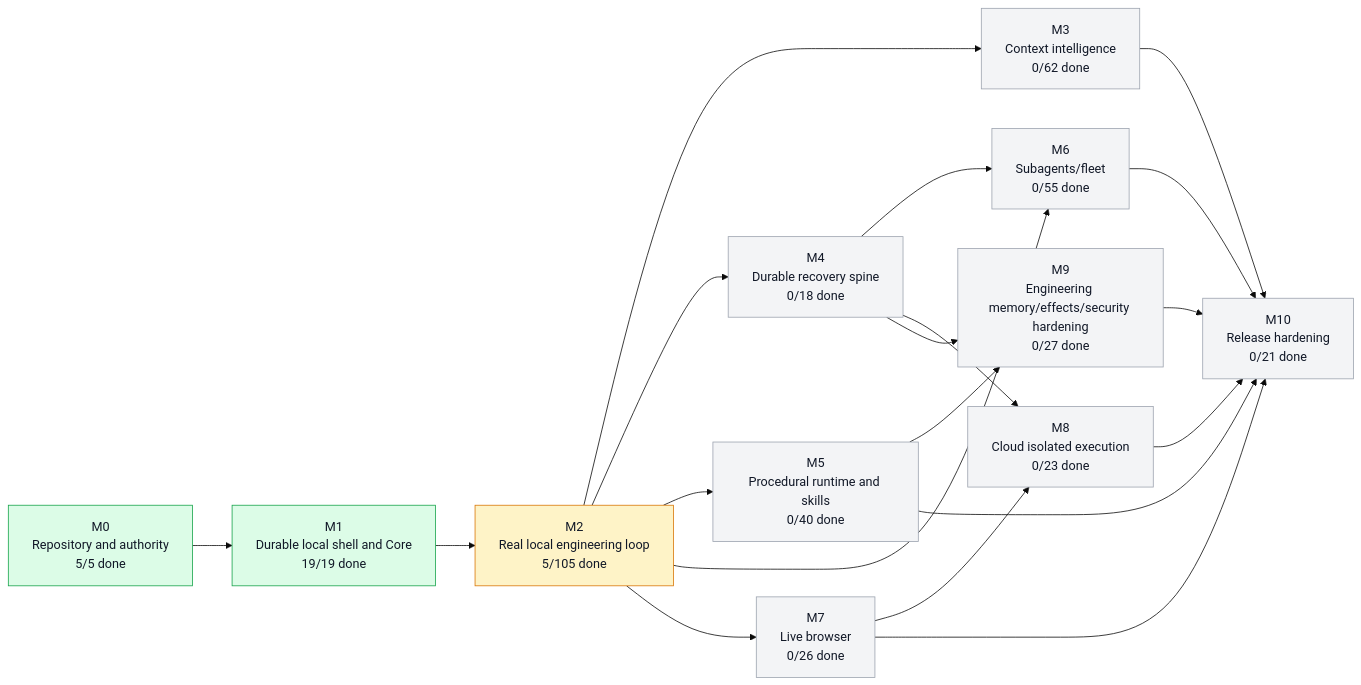
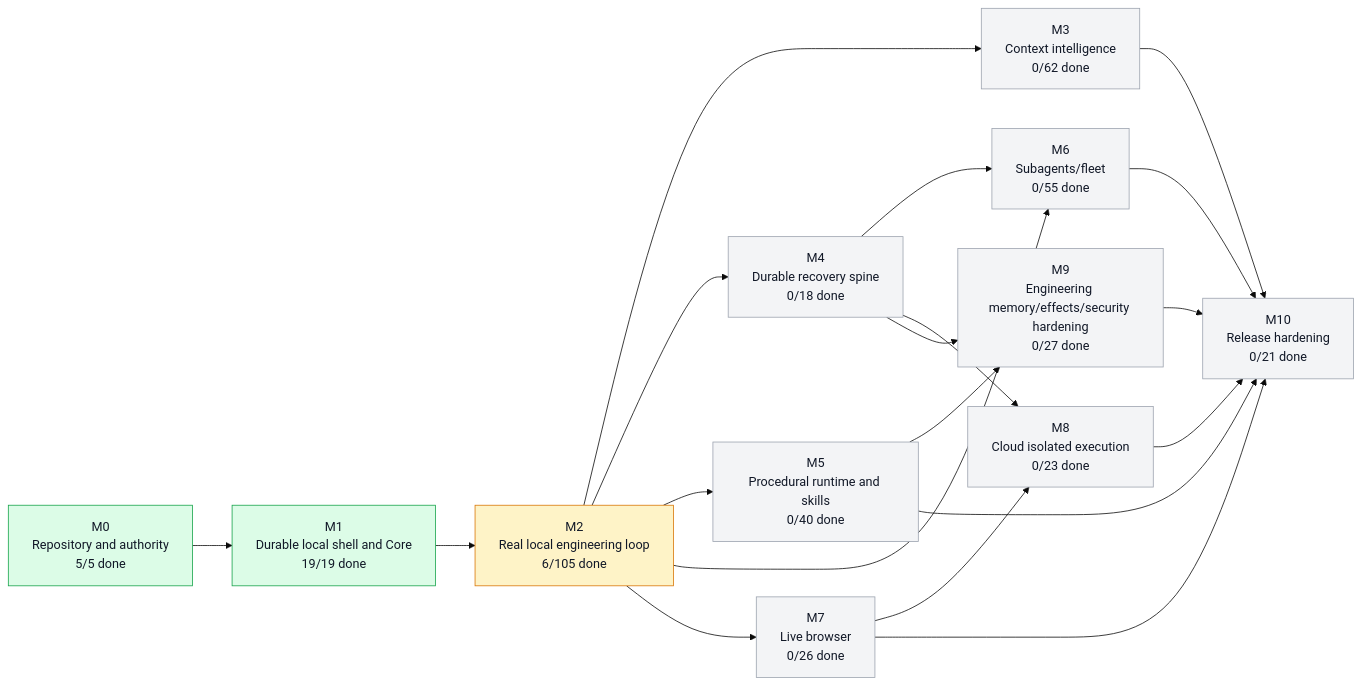
One commit to moss101/modbit changed the first of 5 diagrams in graph/PROJECT_GRAPH.md. Above: the diagram before and after it, drawn with Mermaid (base theme). The commit also changed other lines of this file and 3 other files, not shown here.

````diff
--- a/graph/PROJECT_GRAPH.md
+++ b/graph/PROJECT_GRAPH.md
@@ -57,43 +57,43 @@
 ```mermaid
 flowchart LR
   M0["M0<br/>Repository and authority<br/>5/5 done"]
   M1["M1<br/>Durable local shell and Core<br/>19/19 done"]
-  M2["M2<br/>Real local engineering loop<br/>5/105 done"]
+  M2["M2<br/>Real local engineering loop<br/>6/105 done"]
   M3["M3<br/>Context intelligence<br/>0/62 done"]
   M4["M4<br/>Durable recovery spine<br/>0/18 done"]
   M5["M5<br/>Procedural runtime and skills<br/>0/40 done"]
   M6["M6<br/>Subagents/fleet<br/>0/55 done"]
   M7["M7<br/>Live browser<br/>0/26 done"]
   M8["M8<br/>Cloud isolated execution<br/>0/23 done"]
   M9["M9<br/>Engineering memory/effects/security hardening<br/>0/27 done"]
   M10["M10<br/>Release hardening<br/>0/21 done"]
   M0 --> M1
   M1 --> M2
   M2 --> M3
   M2 --> M4
   M2 --> M5
   M2 --> M6
   M4 --> M6
   M2 --> M7
   M4 --> M8
   M7 --> M8
   M4 --> M9
   M5 --> M9
   M3 --> M10
   M5 --> M10
   M6 --> M10
   M7 --> M10
   M8 --> M10
   M9 --> M10
   style M0 fill:#dcfce7,stroke:#16a34a,color:#111827
   style M1 fill:#dcfce7,stroke:#16a34a,color:#111827
   style M2 fill:#fef3c7,stroke:#d97706,color:#111827
   style M3 fill:#f3f4f6,stroke:#9ca3af,color:#111827
   style M4 fill:#f3f4f6,stroke:#9ca3af,color:#111827
   style M5 fill:#f3f4f6,stroke:#9ca3af,color:#111827
   style M6 fill:#f3f4f6,stroke:#9ca3af,color:#111827
   style M7 fill:#f3f4f6,stroke:#9ca3af,color:#111827
   style M8 fill:#f3f4f6,stroke:#9ca3af,color:#111827
   style M9 fill:#f3f4f6,stroke:#9ca3af,color:#111827
   style M10 fill:#f3f4f6,stroke:#9ca3af,color:#111827
 ```
````
